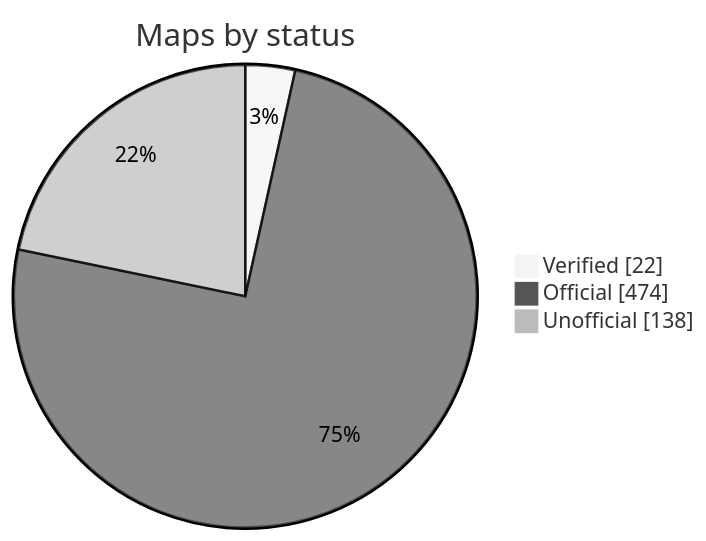
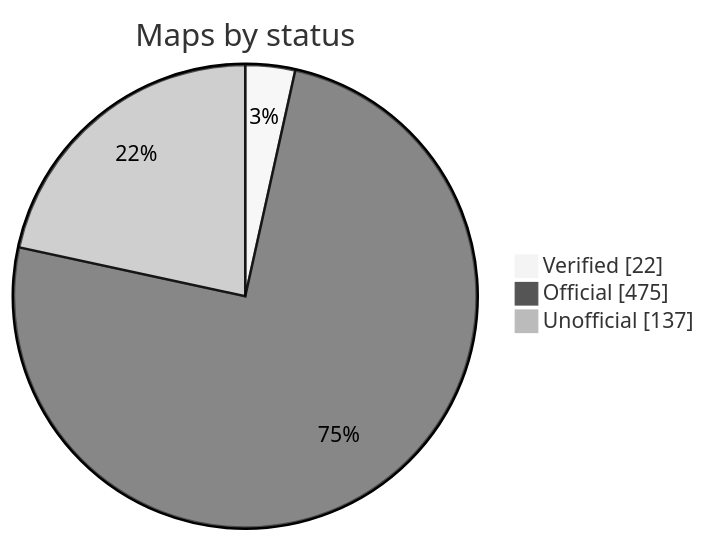
One commit to nobrega8/mbmap-library changed the diagram in README.md. Above: the diagram before and after it, drawn with Mermaid (neutral theme). The commit also changed 8 other files, not shown here.

````diff
--- a/README.md
+++ b/README.md
@@ -52,7 +52,7 @@
 ```mermaid
 pie showData
     title Maps by status
     "Verified" : 22
-    "Official" : 474
-    "Unofficial" : 138
+    "Official" : 475
+    "Unofficial" : 137
 ```
````
